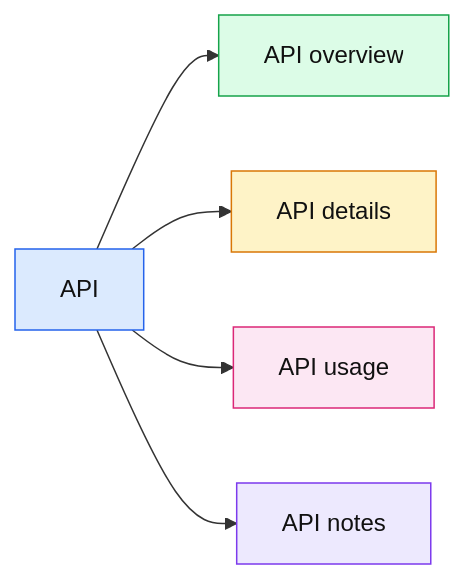
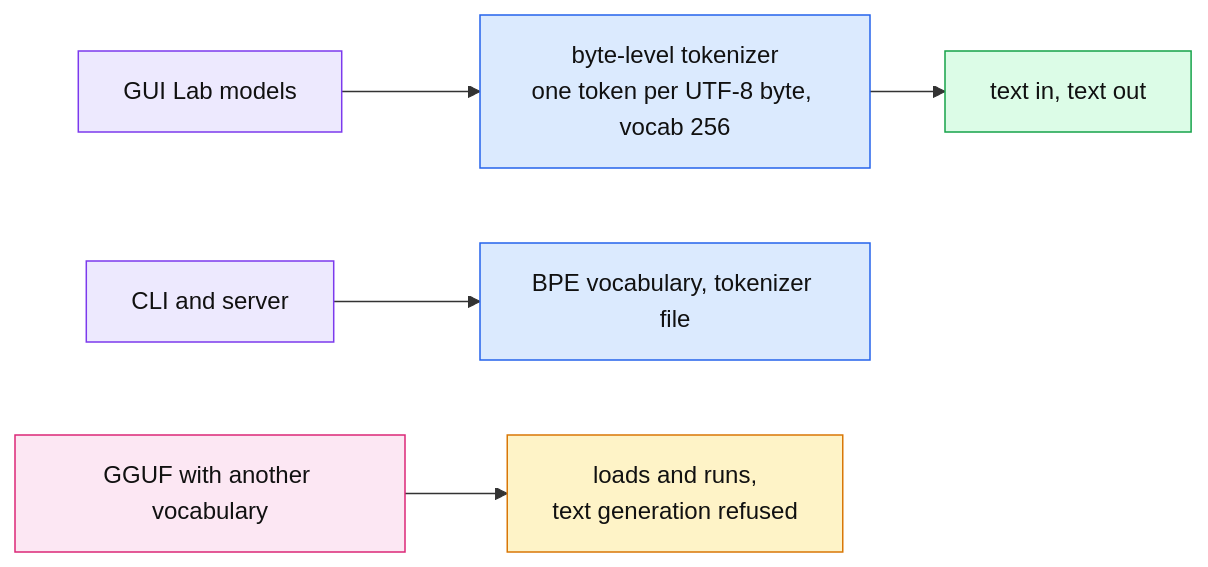
One commit to thomascherickal/ferrum-gpu changed diagram 17 of 21 in docs/gui.md. Above: the diagram before and after it, drawn with Mermaid. The commit also changed other lines of this file and 4 other files, not shown here.

First line of the commit message:
docs: hand-drawn data-flow diagrams for the readme, architecture and GUI pages

````diff
--- a/docs/gui.md
+++ b/docs/gui.md
@@ -194,13 +303,12 @@
 ```mermaid
 flowchart LR
-    a["API"]:::root
-    a --> n0["API overview"]:::c0
-    a --> n1["API details"]:::c1
-    a --> n2["API usage"]:::c2
-    a --> n3["API notes"]:::c3
-    classDef root fill:#dbeafe,stroke:#2563eb,color:#111
-    classDef c0 fill:#dcfce7,stroke:#16a34a,color:#111
-    classDef c1 fill:#fef3c7,stroke:#d97706,color:#111
-    classDef c2 fill:#fce7f3,stroke:#db2777,color:#111
-    classDef c3 fill:#ede9fe,stroke:#7c3aed,color:#111
+    gui["GUI Lab models"]:::host --> by["byte-level tokenizer<br/>one token per UTF-8 byte, vocab 256"]:::core
+    by --> tt["text in, text out"]:::gpu
+    cli["CLI and server"]:::host --> bpe["BPE vocabulary, tokenizer file"]:::core
+    og["GGUF with another vocabulary"]:::io --> ld["loads and runs,<br/>text generation refused"]:::cpu
+    classDef core fill:#dbeafe,stroke:#2563eb,color:#111
+    classDef gpu fill:#dcfce7,stroke:#16a34a,color:#111
+    classDef cpu fill:#fef3c7,stroke:#d97706,color:#111
+    classDef io fill:#fce7f3,stroke:#db2777,color:#111
+    classDef host fill:#ede9fe,stroke:#7c3aed,color:#111
 ```
````
